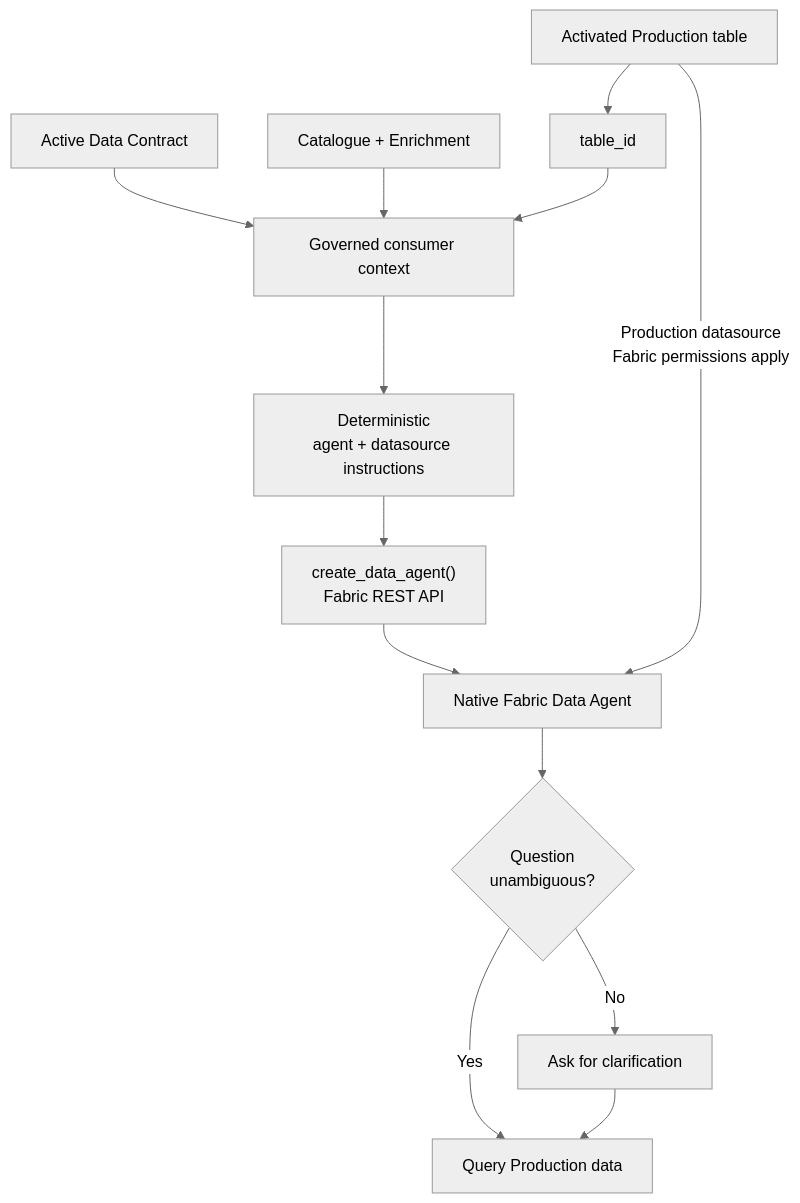
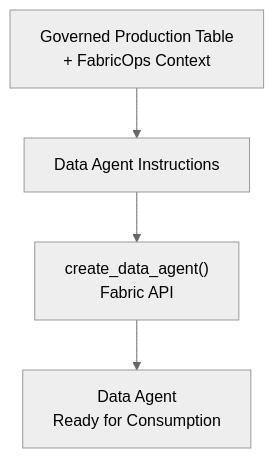
One commit to Voycepeh/FabricOps-Starter-Kit changed the diagram in docs/solutions/production-table-to-data-agent.md. Above: the diagram before and after it, drawn with Mermaid (neutral theme).

Commit message:
docs: simplify data agent under the hood flow

````diff
--- a/docs/solutions/production-table-to-data-agent.md
+++ b/docs/solutions/production-table-to-data-agent.md
@@ -64,15 +64,9 @@
 ```mermaid
 flowchart TD
-    TABLE["Activated Production table"] --> ID["table_id"]
-    CONTRACT["Active Data Contract"] --> CONTEXT["Governed consumer context"]
-    CATALOGUE["Catalogue + Enrichment"] --> CONTEXT
-    ID --> CONTEXT
-    CONTEXT --> INSTRUCTIONS["Deterministic<br/>agent + datasource instructions"]
-    INSTRUCTIONS --> API["create_data_agent()<br/>Fabric REST API"]
-    API --> AGENT["Native Fabric Data Agent"]
-    TABLE -->|"Production datasource<br/>Fabric permissions apply"| AGENT
-    AGENT --> QUESTION{"Question<br/>unambiguous?"}
-    QUESTION -->|"Yes"| QUERY["Query Production data"]
-    QUESTION -->|"No"| CLARIFY["Ask for clarification"]
-    CLARIFY --> QUERY
+    A["Governed Production Table<br/>+ FabricOps Context"]
+    B["Data Agent Instructions"]
+    C["create_data_agent()<br/>Fabric API"]
+    D["Data Agent<br/>Ready for Consumption"]
+
+    A --> B --> C --> D
 ```
````
